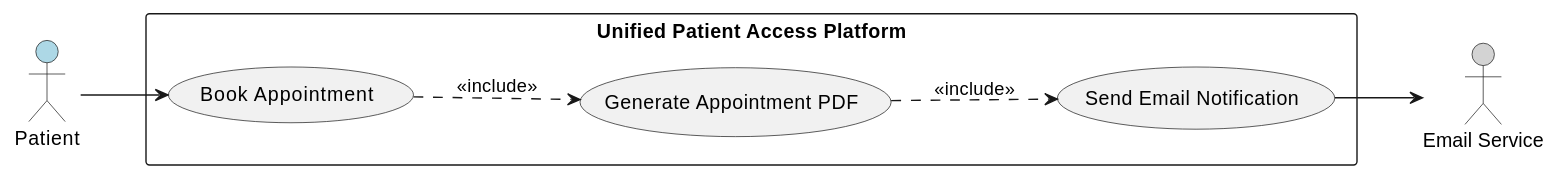
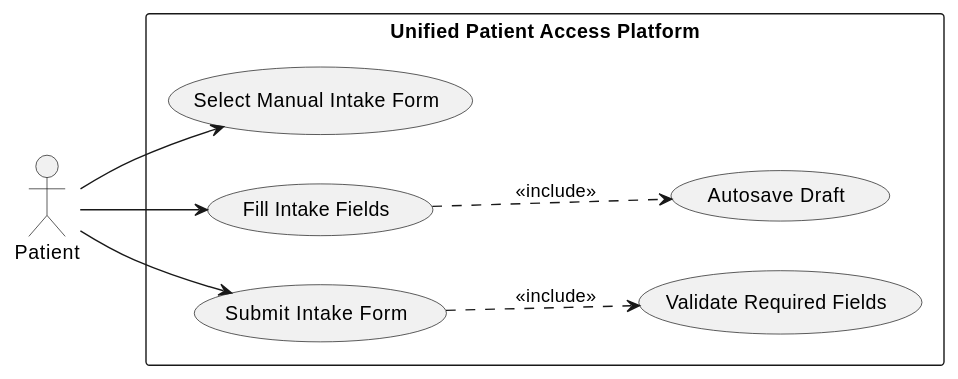
Before and after one commit to divya-bharathi-24/Propel-IQ-Patient-Platform: the third of 12 diagrams in .propel/context/docs/spec.md, drawn with PlantUML. The commit also changed other lines of this file and 60 other files, not shown here.

````diff
--- a/.propel/context/docs/spec.md
+++ b/.propel/context/docs/spec.md
@@ -254,20 +366,22 @@
 ```plantuml
-@startuml
+@startuml UC-003-Manual-Intake
 left to right direction
 skinparam packageStyle rectangle
 
-actor Patient #LightBlue
-actor "Email Service" as Email #LightGray
+actor Patient
 
 rectangle "Unified Patient Access Platform" {
-  usecase "Book Appointment" as UC3
-  usecase "Generate Appointment PDF" as UC3a
-  usecase "Send Email Notification" as UC3b
+  usecase "Select Manual Intake Form" as UC003_SELECT
+  usecase "Fill Intake Fields" as UC003_FILL
+  usecase "Autosave Draft" as UC003_DRAFT
+  usecase "Submit Intake Form" as UC003_SUBMIT
+  usecase "Validate Required Fields" as UC003_VALIDATE
 }
 
-Patient --> UC3
-UC3 ..> UC3a : <<include>>
-UC3a ..> UC3b : <<include>>
-UC3b --> Email
+Patient --> UC003_SELECT
+Patient --> UC003_FILL
+Patient --> UC003_SUBMIT
+UC003_FILL ..> UC003_DRAFT : <<include>>
+UC003_SUBMIT ..> UC003_VALIDATE : <<include>>
 @enduml
 ```
````
